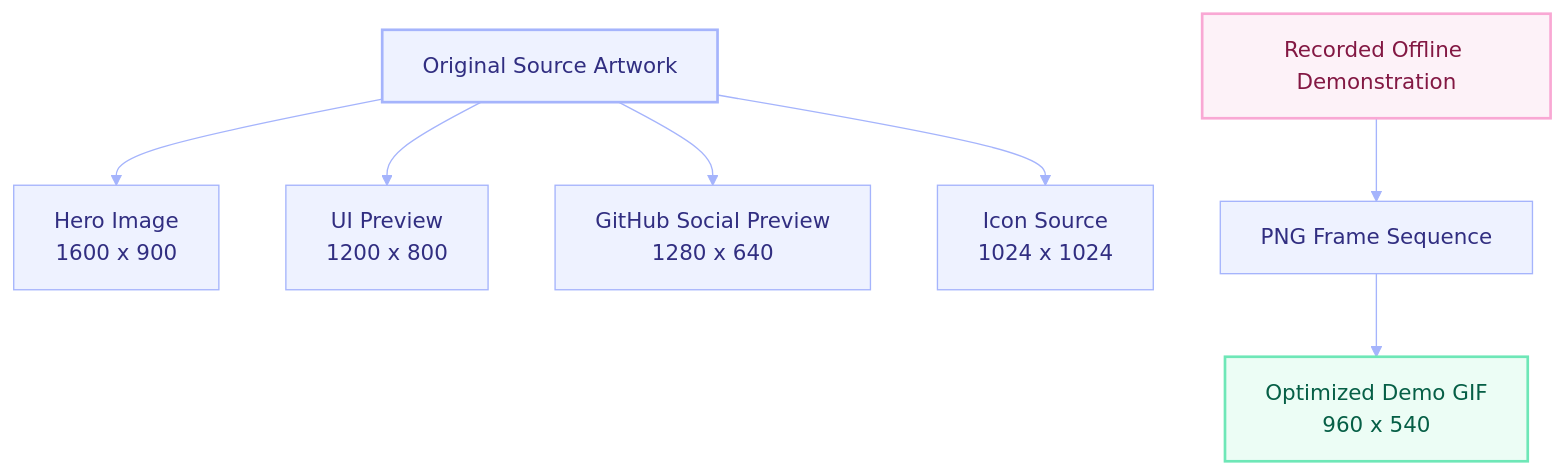
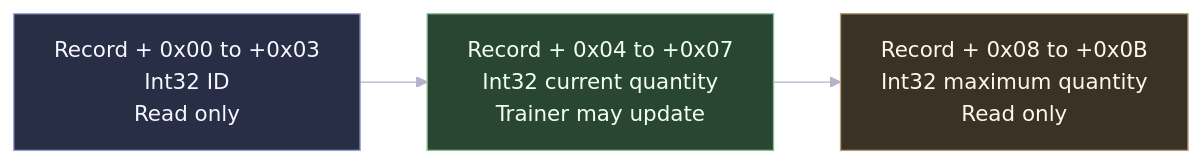
Before and after one commit to Tanishq-JM/Project-IGI-Offline-Trainer: the tenth of 17 diagrams in README.md, drawn with Mermaid. The commit also changed other lines of this file, not shown here.

````diff
--- a/README.md
+++ b/README.md
@@ -808,14 +434,10 @@
 ```mermaid
-%%{init: {'theme':'base', 'themeVariables': { 'primaryColor':'#EEF2FF','primaryTextColor':'#312E81','primaryBorderColor':'#A5B4FC','lineColor':'#A5B4FC','secondaryColor':'#ECFEFF','tertiaryColor':'#FDF2F8'}}}%%
-graph TD
-    Source[Original Source Artwork] --> Hero[Hero Image<br/>1600 x 900]
-    Source --> Preview[UI Preview<br/>1200 x 800]
-    Source --> Social[GitHub Social Preview<br/>1280 x 640]
-    Source --> Icon[Icon Source<br/>1024 x 1024]
-    Recording[Recorded Offline Demonstration] --> Frames[PNG Frame Sequence]
-    Frames --> GIF[Optimized Demo GIF<br/>960 x 540]
+%%{init: {'theme':'base', 'themeVariables': {'background':'#0F1117','primaryColor':'#20263A','primaryTextColor':'#F6F3FF','primaryBorderColor':'#8E93B8','lineColor':'#B7B2CC','secondaryColor':'#1D2C35','secondaryTextColor':'#F3FAFC','secondaryBorderColor':'#7E9BAA','tertiaryColor':'#342633','tertiaryTextColor':'#FFF2FB','tertiaryBorderColor':'#A17F9D','fontFamily':'Segoe UI'}}}%%
+flowchart LR
+    ID["Record + 0x00 to +0x03<br/>Int32 ID<br/>Read only"] --> Current["Record + 0x04 to +0x07<br/>Int32 current quantity<br/>Trainer may update"]
+    Current --> Maximum["Record + 0x08 to +0x0B<br/>Int32 maximum quantity<br/>Read only"]
 
-    style Source fill:#EEF2FF,stroke:#A5B4FC,stroke-width:2px,color:#312E81
-    style Recording fill:#FDF2F8,stroke:#F9A8D4,stroke-width:2px,color:#831843
-    style GIF fill:#ECFDF5,stroke:#6EE7B7,stroke-width:2px,color:#065F46
+    style ID fill:#282E46,stroke:#9BA1D0,color:#F7F5FF
+    style Current fill:#294632,stroke:#8BC09A,color:#F1FFF5
+    style Maximum fill:#3A3224,stroke:#B59D73,color:#FFF8E9
 ```
````
